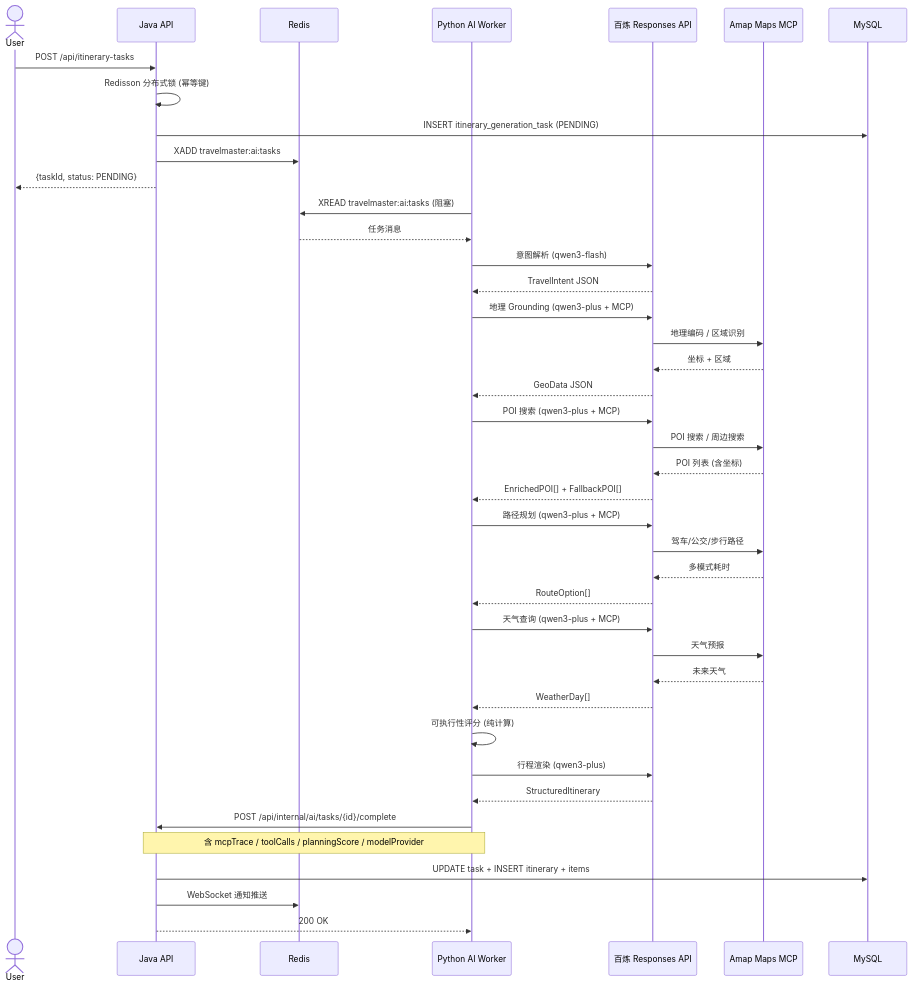
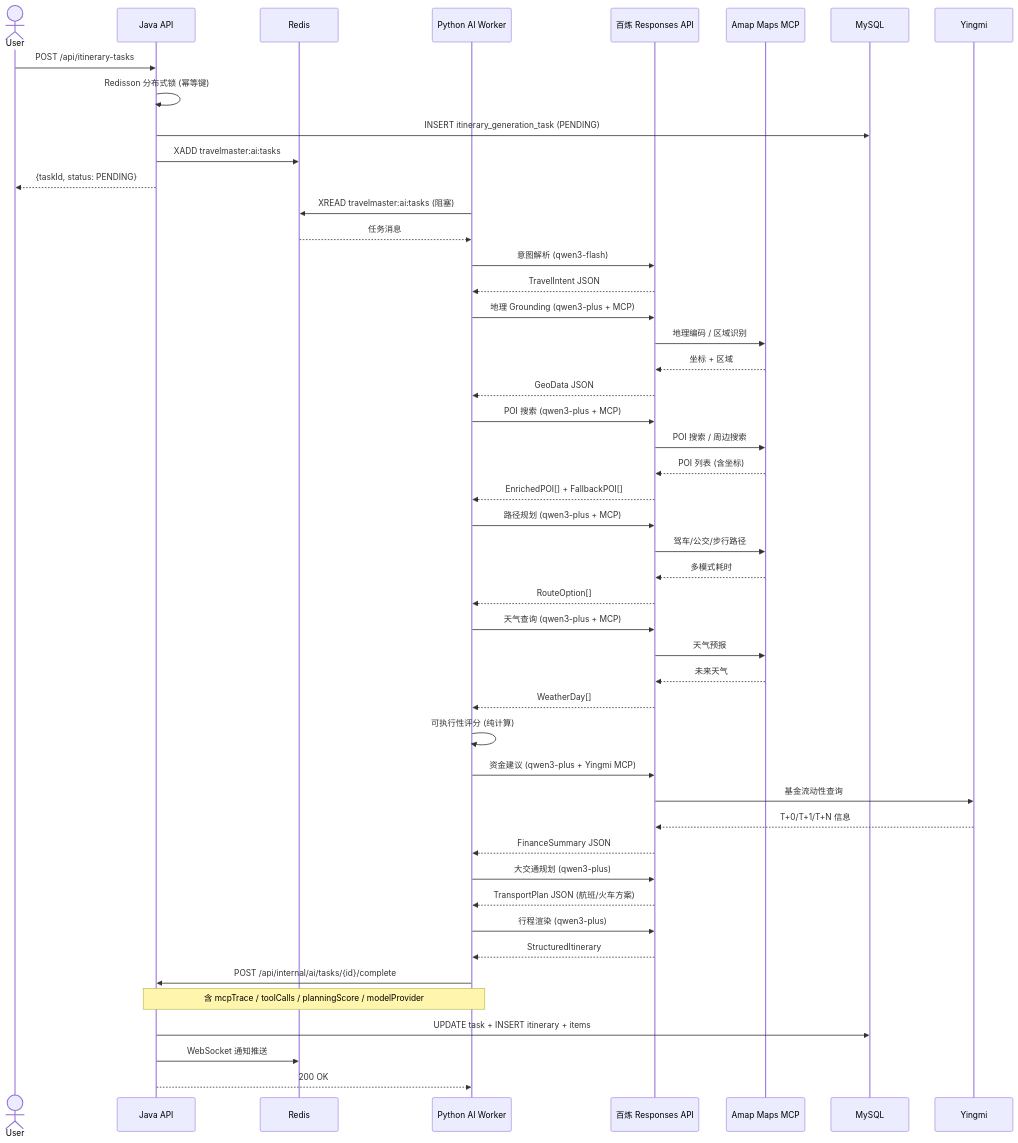
Before and after one commit to Ryan-HJX/TravelMaster-Pro-2.0: the fifth of 7 diagrams in ARCHITECTURE.md, drawn with Mermaid. The commit also changed other lines of this file and 7 other files, not shown here.

````diff
--- a/ARCHITECTURE.md
+++ b/ARCHITECTURE.md
@@ -225,50 +233,59 @@
 ```mermaid
 sequenceDiagram
     actor User
     participant Java as Java API
     participant Redis
     participant Python as Python AI Worker
     participant Bailian as 百炼 Responses API
     participant Amap as Amap Maps MCP
 
     User->>Java: POST /api/itinerary-tasks
     Java->>Java: Redisson 分布式锁 (幂等键)
     Java->>MySQL: INSERT itinerary_generation_task (PENDING)
     Java->>Redis: XADD travelmaster:ai:tasks
     Java-->>User: {taskId, status: PENDING}
 
     Python->>Redis: XREAD travelmaster:ai:tasks (阻塞)
     Redis-->>Python: 任务消息
     Python->>Bailian: 意图解析 (qwen3-flash)
     Bailian-->>Python: TravelIntent JSON
 
     Python->>Bailian: 地理 Grounding (qwen3-plus + MCP)
     Bailian->>Amap: 地理编码 / 区域识别
     Amap-->>Bailian: 坐标 + 区域
     Bailian-->>Python: GeoData JSON
 
     Python->>Bailian: POI 搜索 (qwen3-plus + MCP)
     Bailian->>Amap: POI 搜索 / 周边搜索
     Amap-->>Bailian: POI 列表 (含坐标)
     Bailian-->>Python: EnrichedPOI[] + FallbackPOI[]
 
     Python->>Bailian: 路径规划 (qwen3-plus + MCP)
     Bailian->>Amap: 驾车/公交/步行路径
     Amap-->>Bailian: 多模式耗时
     Bailian-->>Python: RouteOption[]
 
     Python->>Bailian: 天气查询 (qwen3-plus + MCP)
     Bailian->>Amap: 天气预报
     Amap-->>Bailian: 未来天气
     Bailian-->>Python: WeatherDay[]
 
     Python->>Python: 可执行性评分 (纯计算)
+    
+    Python->>Bailian: 资金建议 (qwen3-plus + Yingmi MCP)
+    Bailian->>Yingmi: 基金流动性查询
+    Yingmi-->>Bailian: T+0/T+1/T+N 信息
+    Bailian-->>Python: FinanceSummary JSON
+    
+    Python->>Bailian: 大交通规划 (qwen3-plus)
+    Bailian-->>Python: TransportPlan JSON (航班/火车方案)
+    
     Python->>Bailian: 行程渲染 (qwen3-plus)
     Bailian-->>Python: StructuredItinerary
 
     Python->>Java: POST /api/internal/ai/tasks/{id}/complete
     Note over Python,Java: 含 mcpTrace / toolCalls / planningScore / modelProvider
     Java->>MySQL: UPDATE task + INSERT itinerary + items
     Java->>Redis: WebSocket 通知推送
     Java-->>Python: 200 OK
 ```
````
